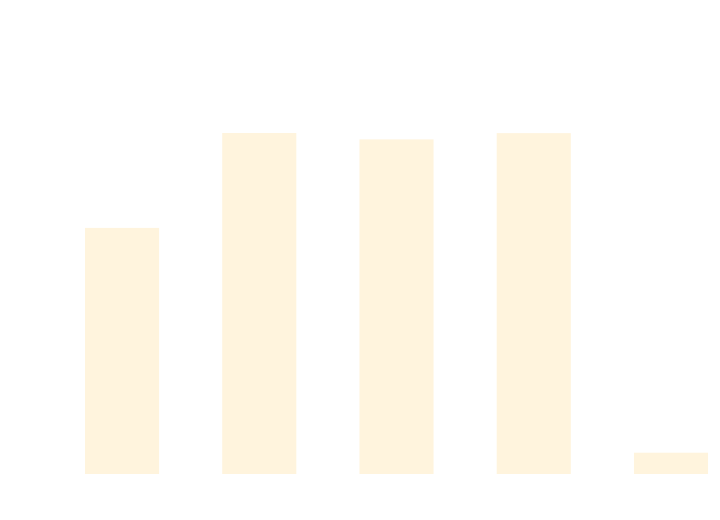
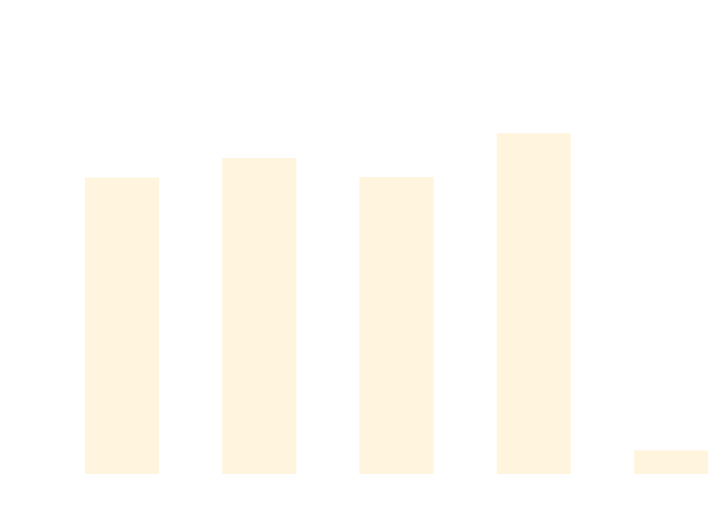
Before and after one commit to thomhurst/TUnit: the diagram in docs/docs/benchmarks/DataDrivenTests.md, drawn with Mermaid. The commit also changed other lines of this file and 17 other files, not shown here.

````diff
--- a/docs/docs/benchmarks/DataDrivenTests.md
+++ b/docs/docs/benchmarks/DataDrivenTests.md
@@ -27,37 +27,37 @@
 ```mermaid
 %%{init: {
   'theme':'base',
   'themeVariables': {
     'primaryColor': '#2563eb',
     'primaryTextColor': '#ffffff',
     'primaryBorderColor': '#1e40af',
     'lineColor': '#6b7280',
     'secondaryColor': '#7c3aed',
     'tertiaryColor': '#dc2626',
     'background': '#ffffff',
     'mainBkg': '#2563eb',
     'secondBkg': '#7c3aed',
     'tertiaryBkg': '#dc2626',
     'clusterBkg': '#f3f4f6',
     'edgeLabelBackground': '#ffffff',
     'tertiaryTextColor': '#1f2937',
     'pie1': '#2563eb',
     'pie2': '#7c3aed',
     'pie3': '#dc2626',
     'pie4': '#f59e0b',
     'pie5': '#10b981',
     'pie6': '#06b6d4',
     'pie7': '#ec4899',
     'pie8': '#6366f1',
     'pie9': '#84cc16',
     'pie10': '#f97316',
     'pie11': '#14b8a6',
     'pie12': '#a855f7'
   }
 }}%%
 xychart-beta
   title "DataDrivenTests Performance Comparison"
   x-axis ["TUnit", "NUnit", "MSTest", "xUnit3", "TUnit_AOT"]
-  y-axis "Time (ms)" 0 --> 811
-  bar [482.09, 675.54, 662.49, 675.22, 24.02]
+  y-axis "Time (ms)" 0 --> 696
+  bar [501.86, 535.87, 502.71, 579.28, 24.82]
 ```
````
